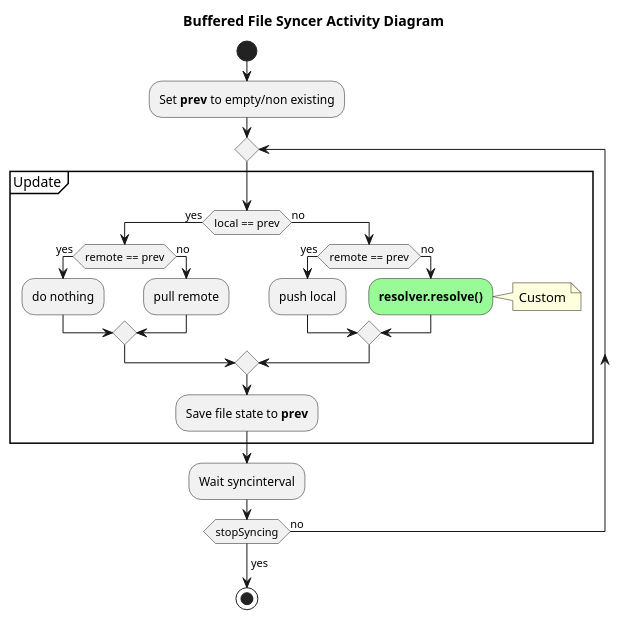
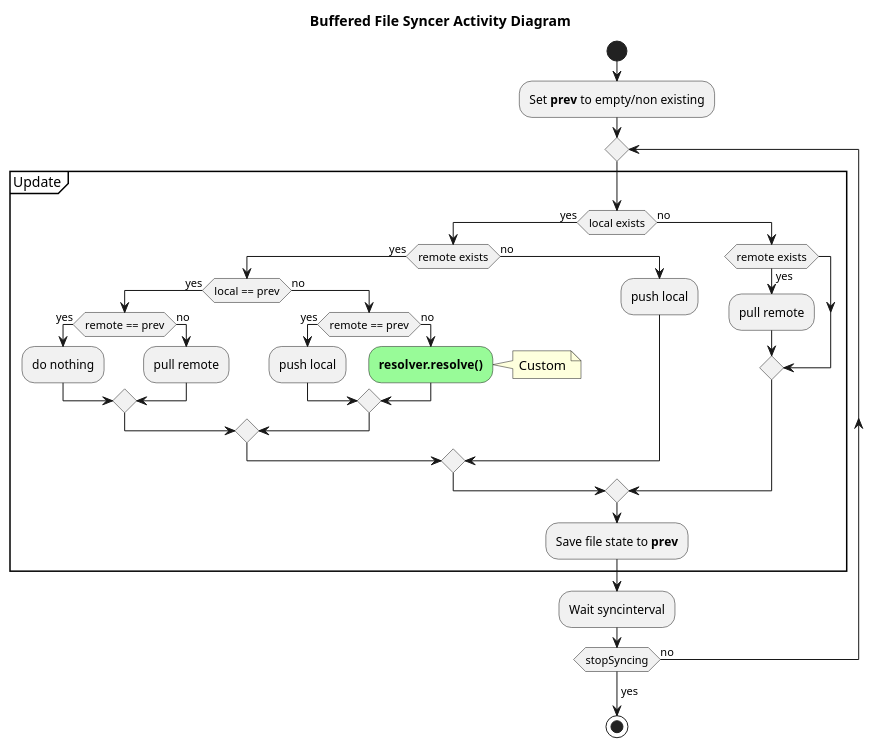
One commit to kfpgk/libfilesync changed the diagram in libfilesync/core/doc/buffered_file_syncer_activity.puml. Above: the diagram before and after it, drawn with PlantUML. The commit also changed 119 other files, not shown here.

```diff
--- a/libfilesync/core/doc/buffered_file_syncer_activity.puml
+++ b/libfilesync/core/doc/buffered_file_syncer_activity.puml
@@ -1,41 +1,53 @@
 @startuml buffered-file-syncer-activity-diagram
 
 title Buffered File Syncer Activity Diagram
 
 start
 
 :Set <b>prev</b> to empty/non existing;
 
 repeat
 
     partition Update {
 
-        if (local == prev) then (yes)
-            if (remote == prev) then (yes)
-                :do nothing;
+        if (local exists) then (yes)
+            if (remote exists) then (yes)
+                if (local == prev) then (yes)
+                    if (remote == prev) then (yes)
+                        :do nothing;
+                    else (no)
+                        :pull remote;
+                    endif
+                else (no)
+                    if (remote == prev) then (yes)
+                        :push local;
+                    else (no)
+                        #palegreen:<b>resolver.resolve()</b>;
+                        note right
+                        Custom
+                        endnote
+                    endif   
+                endif
             else (no)
+                :push local;
+            endif
+        else (no)
+            if (remote exists) then (yes)
                 :pull remote;
             endif
-        else (no)
-            if (remote == prev) then (yes)
-                :push local;
-            else (no)
-                #palegreen:<b>resolver.resolve()</b>;
-                note right
-                Custom
-                endnote
-            endif   
         endif
+
+
 
     :Save file state to <b>prev</b>;
 
     }
 
 :Wait syncinterval;
 
 repeat while (stopSyncing) is (no)
 ->yes;
 
 stop
 
 @enduml
```
